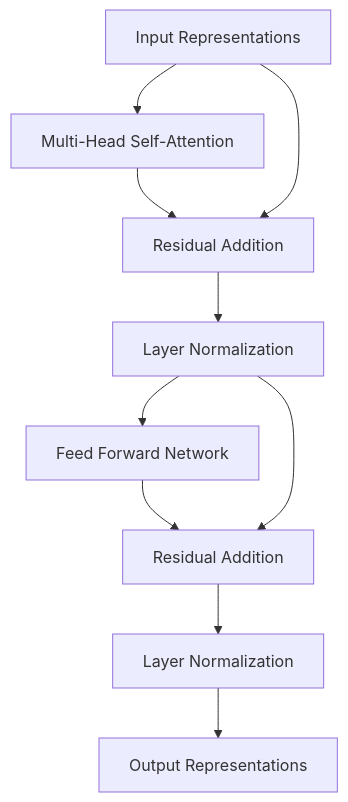
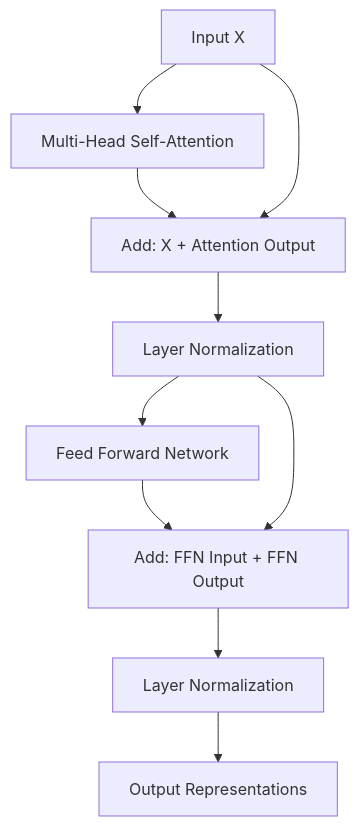
Before and after one commit to chidvi123/Transformers: the fourth of 8 diagrams in README.md, drawn with Mermaid. The commit also changed other lines of this file, not shown here.

````diff
--- a/README.md
+++ b/README.md
@@ -606,12 +658,12 @@
 ```mermaid
 flowchart TD
-    A[Input Representations] --> B[Multi-Head Self-Attention]
-    B --> C[Residual Addition]
+    A["Input X"] --> B["Multi-Head Self-Attention"]
+    B --> C["Add: X + Attention Output"]
     A --> C
-    C --> D[Layer Normalization]
-    D --> E[Feed Forward Network]
-    E --> F[Residual Addition]
+    C --> D["Layer Normalization"]
+    D --> E["Feed Forward Network"]
+    E --> F["Add: FFN Input + FFN Output"]
     D --> F
-    F --> G[Layer Normalization]
-    G --> H[Output Representations]
+    F --> G["Layer Normalization"]
+    G --> H["Output Representations"]
 ```
````
